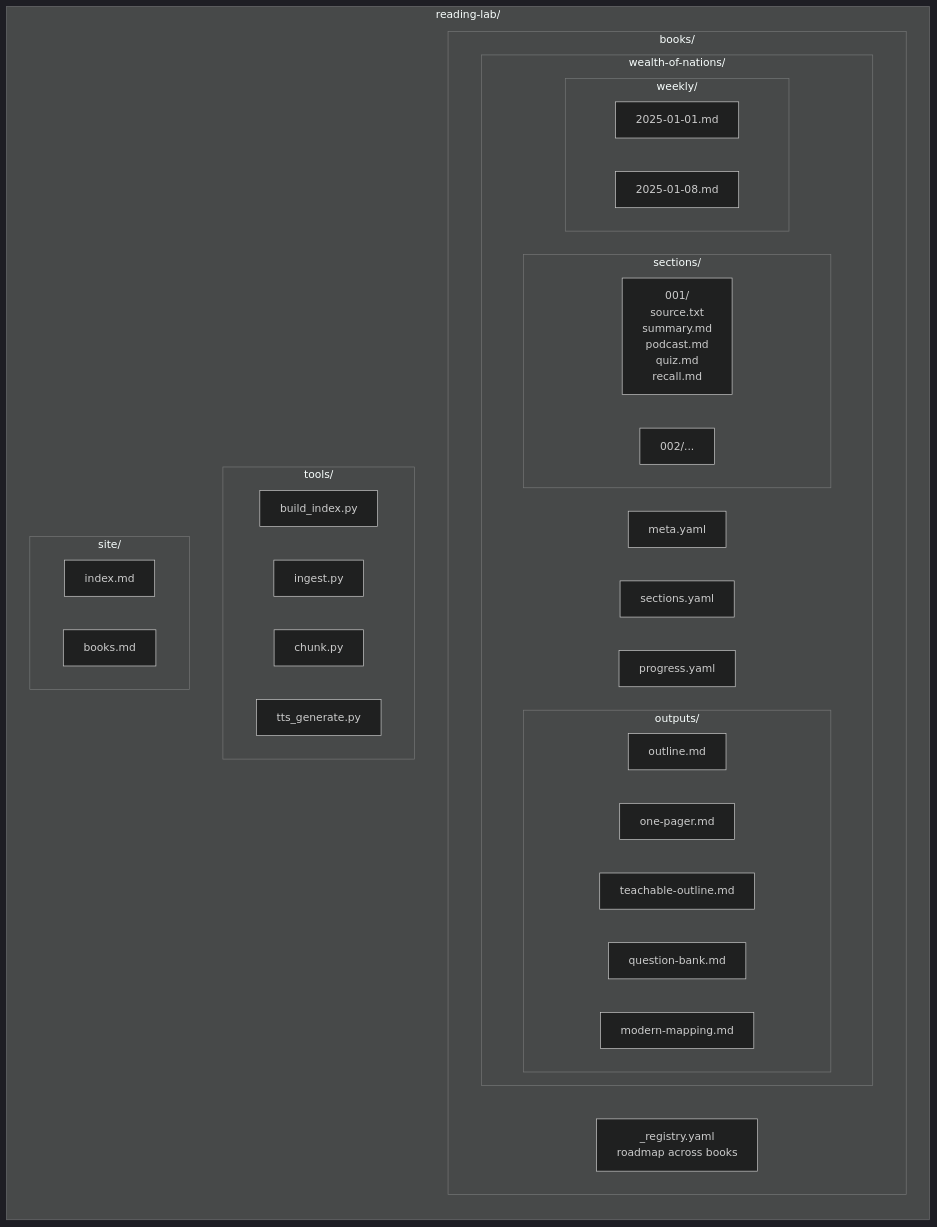
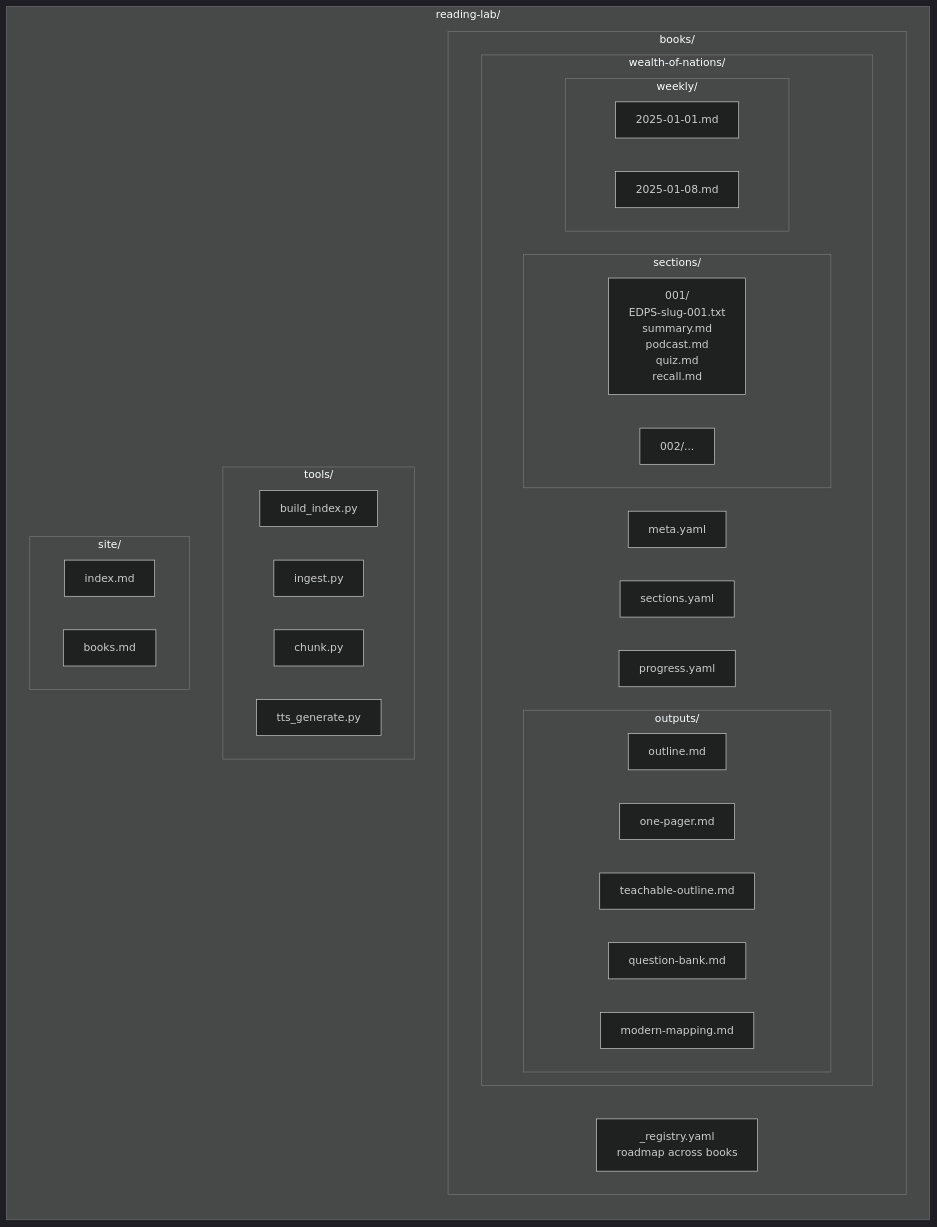
Before and after one commit to varunr89/edps-method: the fifth of 7 diagrams in docs/workflow-diagram.md, drawn with Mermaid (dark theme). The commit also changed other lines of this file and 1 other file, not shown here.

First line of the commit message:
docs: update documentation for new source file naming

````diff
--- a/docs/workflow-diagram.md
+++ b/docs/workflow-diagram.md
@@ -888,46 +888,46 @@
 ```mermaid
 flowchart TB
     subgraph REPO["reading-lab/"]
         direction TB
 
         subgraph BOOKS["books/"]
             REG[_registry.yaml<br/>roadmap across books]
 
             subgraph BOOK1["wealth-of-nations/"]
                 META[meta.yaml]
                 SEC[sections.yaml]
                 PROG[progress.yaml]
 
                 subgraph OUTPUTS["outputs/"]
                     OUT1[outline.md]
                     OUT2[one-pager.md]
                     OUT3[teachable-outline.md]
                     OUT4[question-bank.md]
                     OUT5[modern-mapping.md]
                 end
 
                 subgraph SECTIONS["sections/"]
-                    S001[001/<br/>source.txt<br/>summary.md<br/>podcast.md<br/>quiz.md<br/>recall.md]
+                    S001[001/<br/>EDPS-slug-001.txt<br/>summary.md<br/>podcast.md<br/>quiz.md<br/>recall.md]
                     S002[002/...]
                 end
 
                 subgraph WEEKLY["weekly/"]
                     W1[2025-01-01.md]
                     W2[2025-01-08.md]
                 end
             end
         end
 
         subgraph TOOLS["tools/"]
             BUILD[build_index.py]
             INGEST[ingest.py]
             CHUNK[chunk.py]
             TTS[tts_generate.py]
         end
 
         subgraph SITE["site/"]
             INDEX[index.md]
             BOOKSPAGE[books.md]
         end
     end
 ```
````
